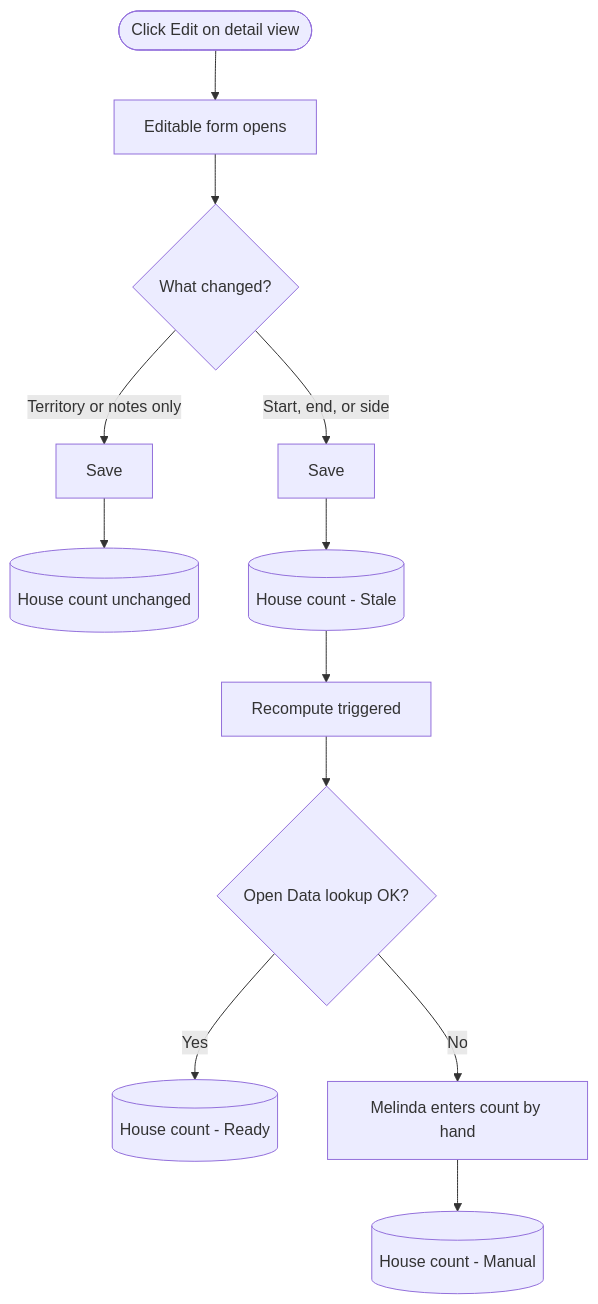
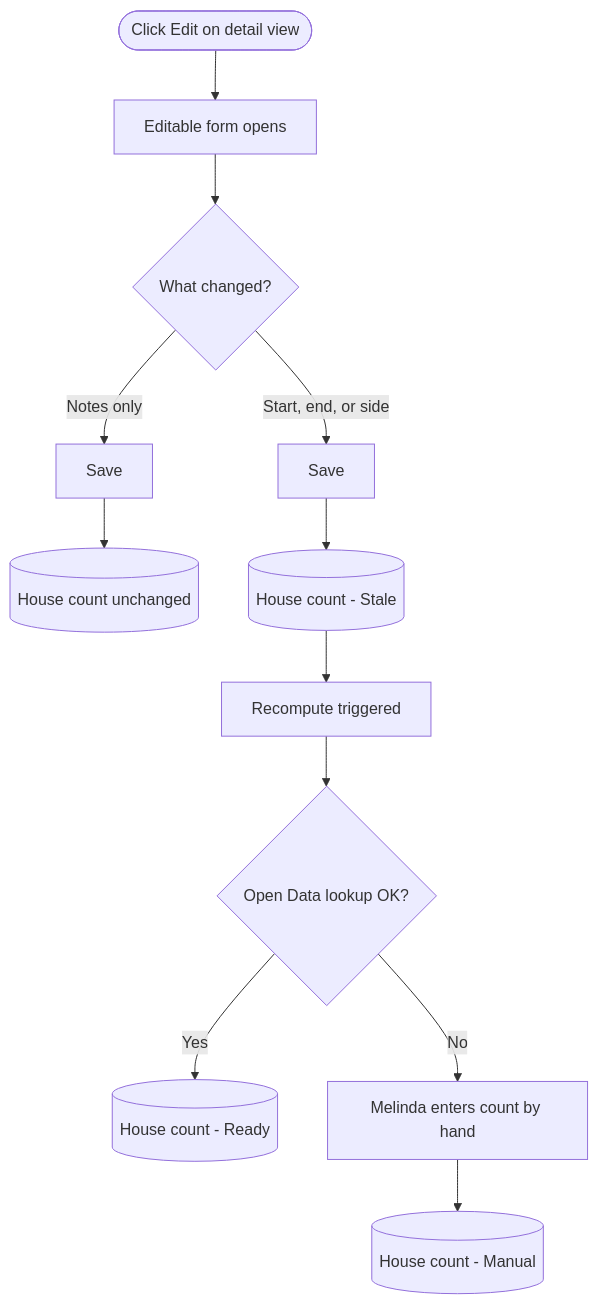
The fourth of 10 diagrams in docs/route_management_flow_v2.md (uwblueprint/beach-metro), drawn with Mermaid before and after one commit. The commit also changed other lines of this file, not shown here.

````diff
--- a/docs/route_management_flow_v2.md
+++ b/docs/route_management_flow_v2.md
@@ -159,14 +162,14 @@
 ```mermaid
 flowchart TD
     Start([Click Edit on detail view]) --> Form[Editable form opens]
     Form --> Field{What changed?}
-    Field -->|Territory or notes only| SaveSimple[Save]
+    Field -->|Notes only| SaveSimple[Save]
     Field -->|Start, end, or side| SaveGeo[Save]
     SaveSimple --> Unchanged[(House count unchanged)]
     SaveGeo --> Stale[(House count - Stale)]
     Stale --> Recompute[Recompute triggered]
     Recompute --> Result{Open Data lookup OK?}
     Result -->|Yes| Ready[(House count - Ready)]
     Result -->|No| ManualEntry[Melinda enters count by hand]
     ManualEntry --> Manual[(House count - Manual)]
 ```
````
